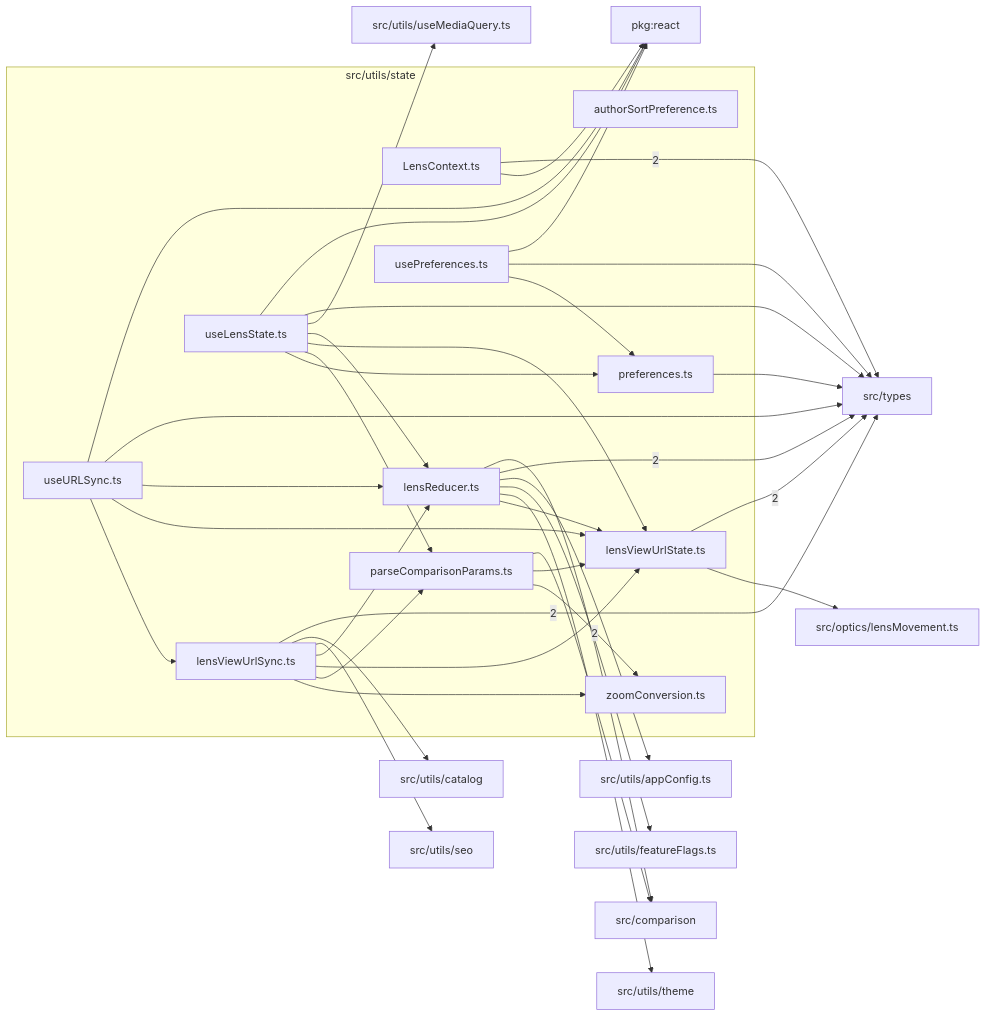
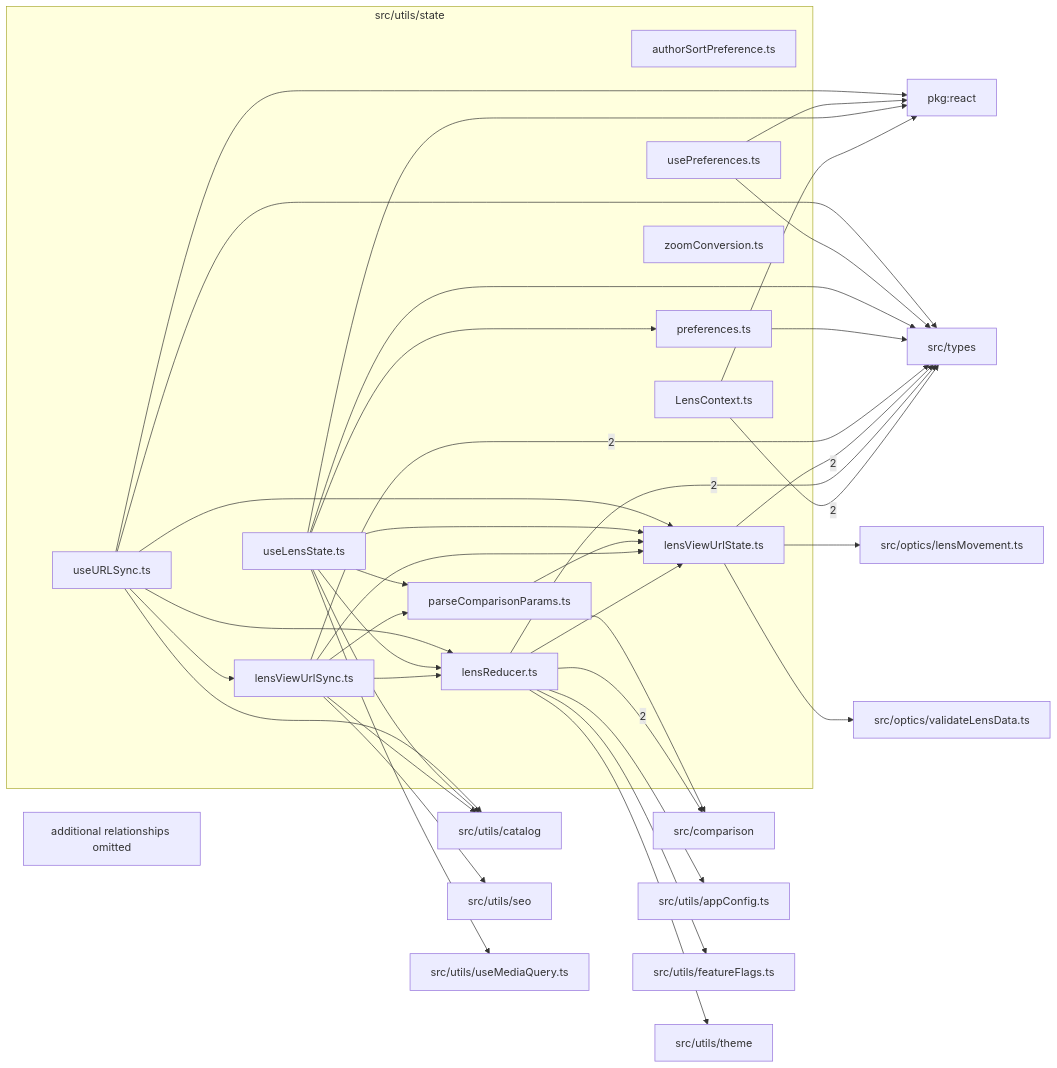
Before and after one commit to ronbuening/LensVisualizer: the diagram in src/utils/state/readme.md, drawn with Mermaid. The commit also changed other lines of this file and 149 other files, not shown here.

````diff
--- a/src/utils/state/readme.md
+++ b/src/utils/state/readme.md
@@ -9,62 +9,64 @@
 ```mermaid
 flowchart LR
   subgraph n_src_utils_state["src/utils/state"]
     n_src_utils_state_src_utils_state_authorSortPreference_ts["authorSortPreference.ts"]
     n_src_utils_state_src_utils_state_LensContext_ts["LensContext.ts"]
     n_src_utils_state_src_utils_state_lensReducer_ts["lensReducer.ts"]
     n_src_utils_state_src_utils_state_lensViewUrlState_ts["lensViewUrlState.ts"]
     n_src_utils_state_src_utils_state_lensViewUrlSync_ts["lensViewUrlSync.ts"]
     n_src_utils_state_src_utils_state_parseComparisonParams_ts["parseComparisonParams.ts"]
     n_src_utils_state_src_utils_state_preferences_ts["preferences.ts"]
     n_src_utils_state_src_utils_state_useLensState_ts["useLensState.ts"]
     n_src_utils_state_src_utils_state_usePreferences_ts["usePreferences.ts"]
     n_src_utils_state_src_utils_state_useURLSync_ts["useURLSync.ts"]
     n_src_utils_state_src_utils_state_zoomConversion_ts["zoomConversion.ts"]
   end
   n_external_src_comparison["src/comparison"]
   n_external_src_types["src/types"]
   n_external_pkg_react["pkg:react"]
   n_external_src_optics_lensMovement_ts["src/optics/lensMovement.ts"]
+  n_external_src_optics_validateLensData_ts["src/optics/validateLensData.ts"]
   n_external_src_utils_appConfig_ts["src/utils/appConfig.ts"]
   n_external_src_utils_catalog["src/utils/catalog"]
   n_external_src_utils_featureFlags_ts["src/utils/featureFlags.ts"]
   n_external_src_utils_seo["src/utils/seo"]
   n_external_src_utils_theme["src/utils/theme"]
   n_external_src_utils_useMediaQuery_ts["src/utils/useMediaQuery.ts"]
   n_src_utils_state_src_utils_state_lensReducer_ts --> |2| n_external_src_comparison
   n_src_utils_state_src_utils_state_LensContext_ts --> |2| n_external_src_types
   n_src_utils_state_src_utils_state_lensReducer_ts --> |2| n_external_src_types
   n_src_utils_state_src_utils_state_lensViewUrlState_ts --> |2| n_external_src_types
   n_src_utils_state_src_utils_state_lensViewUrlSync_ts --> |2| n_external_src_types
   n_src_utils_state_src_utils_state_LensContext_ts --> n_external_pkg_react
   n_src_utils_state_src_utils_state_useLensState_ts --> n_external_pkg_react
   n_src_utils_state_src_utils_state_usePreferences_ts --> n_external_pkg_react
   n_src_utils_state_src_utils_state_useURLSync_ts --> n_external_pkg_react
   n_src_utils_state_src_utils_state_parseComparisonParams_ts --> n_external_src_comparison
   n_src_utils_state_src_utils_state_lensViewUrlState_ts --> n_external_src_optics_lensMovement_ts
+  n_src_utils_state_src_utils_state_lensViewUrlState_ts --> n_external_src_optics_validateLensData_ts
   n_src_utils_state_src_utils_state_preferences_ts --> n_external_src_types
   n_src_utils_state_src_utils_state_useLensState_ts --> n_external_src_types
   n_src_utils_state_src_utils_state_usePreferences_ts --> n_external_src_types
   n_src_utils_state_src_utils_state_useURLSync_ts --> n_external_src_types
   n_src_utils_state_src_utils_state_lensReducer_ts --> n_external_src_utils_appConfig_ts
   n_src_utils_state_src_utils_state_lensViewUrlSync_ts --> n_external_src_utils_catalog
+  n_src_utils_state_src_utils_state_useLensState_ts --> n_external_src_utils_catalog
+  n_src_utils_state_src_utils_state_useURLSync_ts --> n_external_src_utils_catalog
   n_src_utils_state_src_utils_state_lensReducer_ts --> n_external_src_utils_featureFlags_ts
   n_src_utils_state_src_utils_state_lensViewUrlSync_ts --> n_external_src_utils_seo
   n_src_utils_state_src_utils_state_lensReducer_ts --> n_external_src_utils_theme
   n_src_utils_state_src_utils_state_useLensState_ts --> n_external_src_utils_useMediaQuery_ts
   n_src_utils_state_src_utils_state_lensViewUrlSync_ts --> n_src_utils_state_src_utils_state_lensReducer_ts
   n_src_utils_state_src_utils_state_useLensState_ts --> n_src_utils_state_src_utils_state_lensReducer_ts
   n_src_utils_state_src_utils_state_useURLSync_ts --> n_src_utils_state_src_utils_state_lensReducer_ts
   n_src_utils_state_src_utils_state_lensReducer_ts --> n_src_utils_state_src_utils_state_lensViewUrlState_ts
   n_src_utils_state_src_utils_state_lensViewUrlSync_ts --> n_src_utils_state_src_utils_state_lensViewUrlState_ts
   n_src_utils_state_src_utils_state_parseComparisonParams_ts --> n_src_utils_state_src_utils_state_lensViewUrlState_ts
   n_src_utils_state_src_utils_state_useLensState_ts --> n_src_utils_state_src_utils_state_lensViewUrlState_ts
   n_src_utils_state_src_utils_state_useURLSync_ts --> n_src_utils_state_src_utils_state_lensViewUrlState_ts
   n_src_utils_state_src_utils_state_useURLSync_ts --> n_src_utils_state_src_utils_state_lensViewUrlSync_ts
   n_src_utils_state_src_utils_state_lensViewUrlSync_ts --> n_src_utils_state_src_utils_state_parseComparisonParams_ts
   n_src_utils_state_src_utils_state_useLensState_ts --> n_src_utils_state_src_utils_state_parseComparisonParams_ts
   n_src_utils_state_src_utils_state_useLensState_ts --> n_src_utils_state_src_utils_state_preferences_ts
-  n_src_utils_state_src_utils_state_usePreferences_ts --> n_src_utils_state_src_utils_state_preferences_ts
-  n_src_utils_state_src_utils_state_lensViewUrlSync_ts --> n_src_utils_state_src_utils_state_zoomConversion_ts
-  n_src_utils_state_src_utils_state_parseComparisonParams_ts --> n_src_utils_state_src_utils_state_zoomConversion_ts
+  n_src_utils_state_truncated["additional relationships omitted"]
 ```
````
